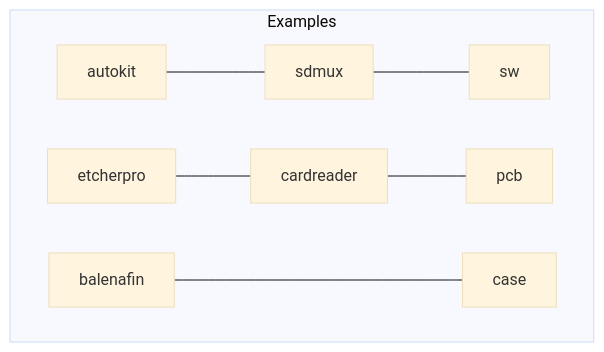
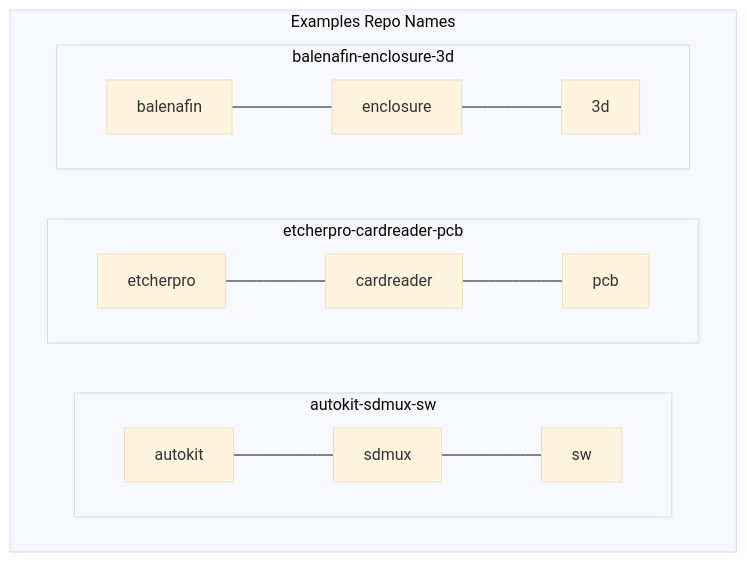
Before and after one commit to balena-io-hardware/meta-hardwareProcess-doc: the second of 2 diagrams in docs/08-product-naming-strategy.md, drawn with Mermaid (base theme). The commit also changed other lines of this file, not shown here.

Commit message:
Fixes according to reviews
Change-type: minor

````diff
--- a/docs/08-product-naming-strategy.md
+++ b/docs/08-product-naming-strategy.md
@@ -33,10 +32,19 @@
 ```mermaid
 flowchart LR
 
-    subgraph Examples
+    subgraph Examples Repo Names
         direction LR
-    a[autokit] --- b[sdmux] --- c[sw]
-    d[etcherpro] --- e[cardreader] --- f[pcb]
-    g[balenafin] ---- h[case]
+        subgraph autokit-sdmux-sw
+        direction LR
+            a[autokit] --- b[sdmux] --- c[sw]
+        end
+        subgraph etcherpro-cardreader-pcb
+        direction LR
+            d[etcherpro] --- e[cardreader] --- f[pcb]
+        end
+        subgraph balenafin-enclosure-3d
+        direction LR
+            g[balenafin] --- h[enclosure] --- i[3d]
+        end
     end
 ```
````
